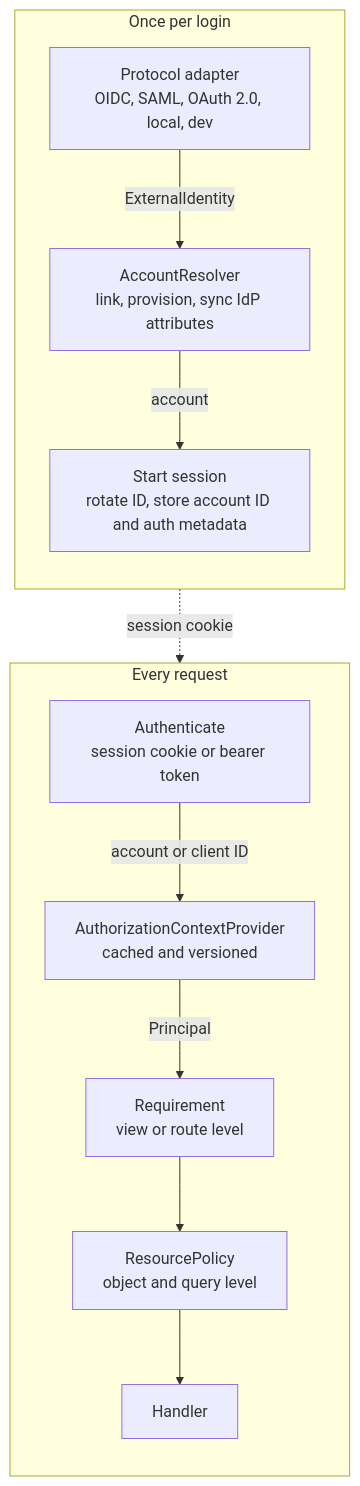
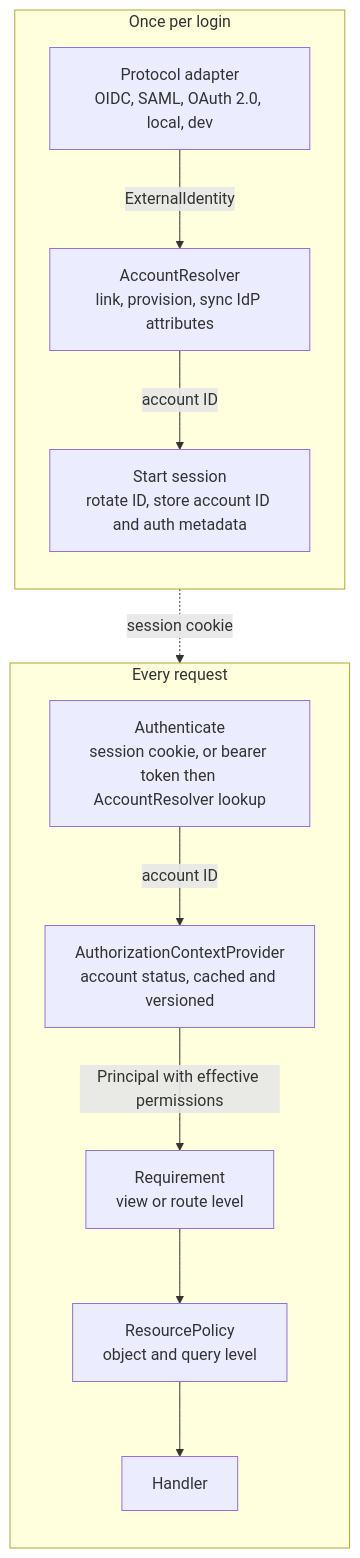
The third of 12 diagrams in docs/specs/epics/E13-auth/design.md (rn-forge/pykit), drawn with Mermaid before and after one commit. The commit also changed other lines of this file and 9 other files, not shown here.

````diff
--- a/docs/specs/epics/E13-auth/design.md
+++ b/docs/specs/epics/E13-auth/design.md
@@ -239,16 +192,16 @@
 ```mermaid
 flowchart TB
   subgraph Login["Once per login"]
     direction TB
     P["Protocol adapter<br/>OIDC, SAML, OAuth 2.0, local, dev"] -->|ExternalIdentity| R["AccountResolver<br/>link, provision, sync IdP attributes"]
-    R -->|account| S["Start session<br/>rotate ID, store account ID and auth metadata"]
+    R -->|account ID| S["Start session<br/>rotate ID, store account ID and auth metadata"]
   end
   subgraph Request["Every request"]
     direction TB
-    C["Authenticate<br/>session cookie or bearer token"] -->|account or client ID| Z["AuthorizationContextProvider<br/>cached and versioned"]
-    Z -->|Principal| Q["Requirement<br/>view or route level"]
+    C["Authenticate<br/>session cookie, or bearer token then AccountResolver lookup"] -->|account ID| Z["AuthorizationContextProvider<br/>account status, cached and versioned"]
+    Z -->|Principal with effective permissions| Q["Requirement<br/>view or route level"]
     Q --> O["ResourcePolicy<br/>object and query level"]
     O --> H["Handler"]
   end
   S -. "session cookie" .-> C
 ```
````
